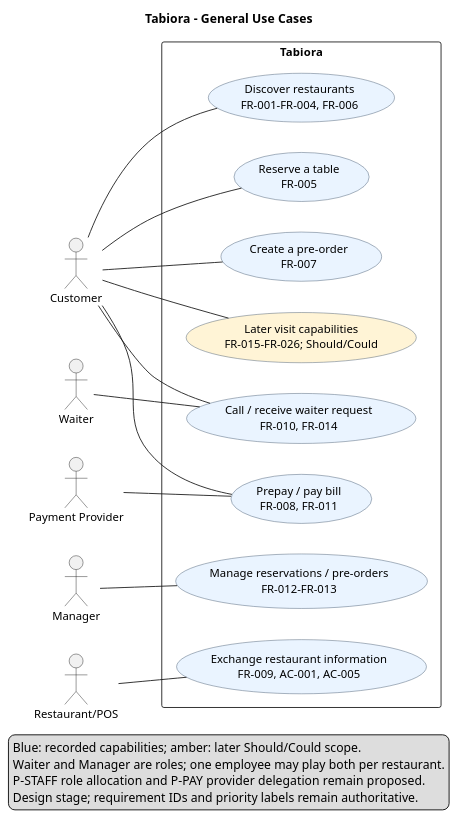
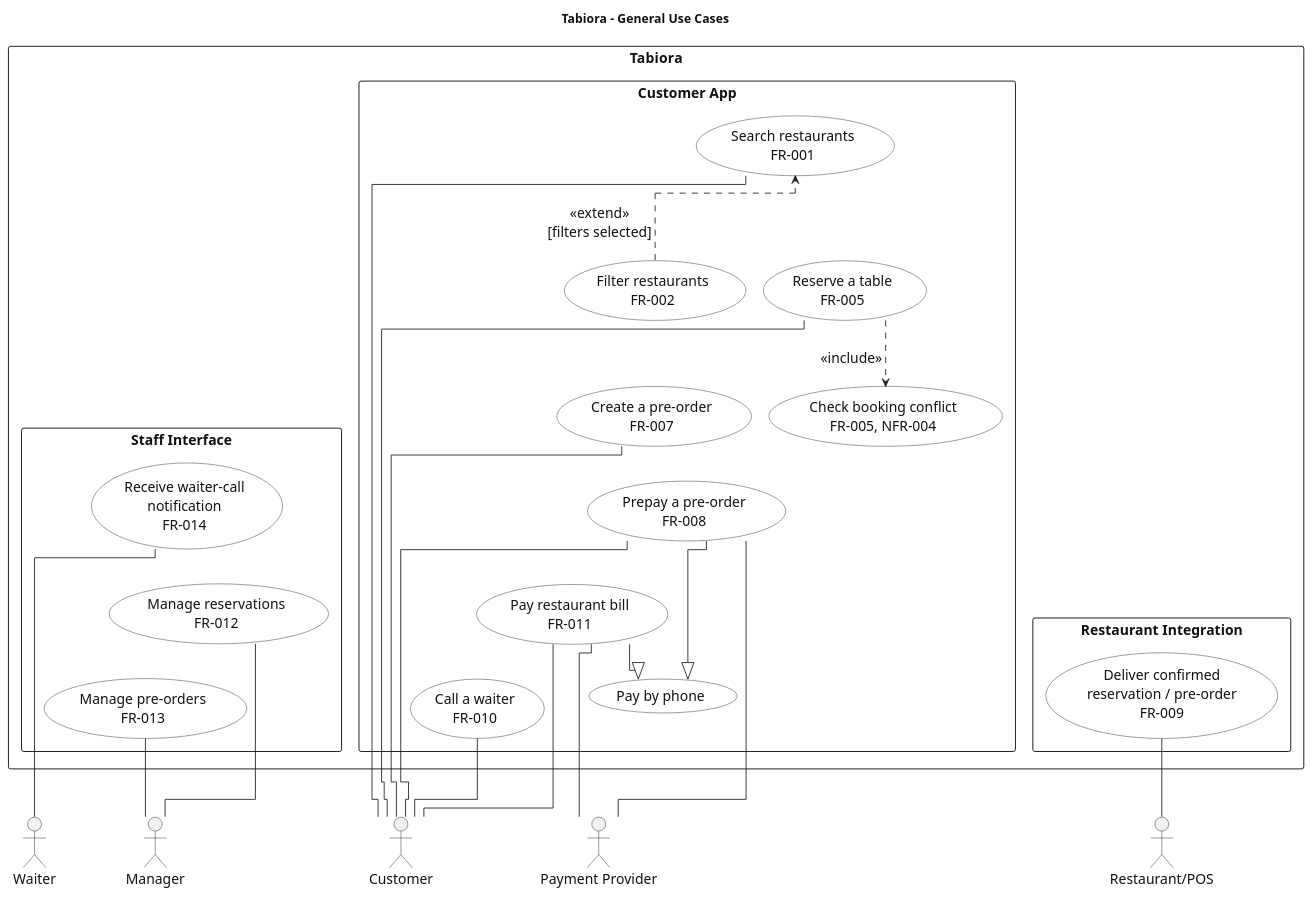
The diagram in assets/diagrams/use-case-general/use-case-general.puml (AlexToday111/Tabiora), drawn with PlantUML before and after one commit. The commit also changed 27 other files, not shown here.

Commit message:
Update UML diagrams for Labs 4, 6, 7 and 8

```diff
--- a/assets/diagrams/use-case-general/use-case-general.puml
+++ b/assets/diagrams/use-case-general/use-case-general.puml
@@ -1,44 +1,67 @@
 @startuml
+!pragma layout elk
 title Tabiora - General Use Cases
 skinparam shadowing false
 skinparam defaultFontName SansSerif
-skinparam defaultFontSize 13
-skinparam classAttributeIconSize 0
+skinparam defaultFontSize 16
+skinparam defaultFontColor #111111
 skinparam packageStyle rectangle
-hide empty members
-skinparam usecaseBackgroundColor #EAF4FF
-skinparam usecaseBorderColor #3D5368
+skinparam usecaseBackgroundColor #FFFFFF
+skinparam usecaseBorderColor #222222
+skinparam ArrowColor #222222
+left to right direction
 
-left to right direction
 actor Customer
 actor Waiter
 actor Manager
 actor "Payment Provider" as Provider
 actor "Restaurant/POS" as POS
+
 rectangle "Tabiora" {
- usecase "Discover restaurants\nFR-001-FR-004, FR-006" as Discover
- usecase "Reserve a table\nFR-005" as Book
- usecase "Create a pre-order\nFR-007" as Order
- usecase "Prepay / pay bill\nFR-008, FR-011" as Pay
- usecase "Call / receive waiter request\nFR-010, FR-014" as Call
- usecase "Manage reservations / pre-orders\nFR-012-FR-013" as Manage
- usecase "Exchange restaurant information\nFR-009, AC-001, AC-005" as Sync
- usecase "Later visit capabilities\nFR-015-FR-026; Should/Could" as Later #FFF4D6
+ package "Customer App" {
+  usecase "Search restaurants\nFR-001" as Search
+  usecase "Filter restaurants\nFR-002" as Filter
+  usecase "Reserve a table\nFR-005" as Book
+  usecase "Check booking conflict\nFR-005, NFR-004" as Conflict
+  usecase "Create a pre-order\nFR-007" as Order
+  usecase "Prepay a pre-order\nFR-008" as Prepay
+  usecase "Pay restaurant bill\nFR-011" as Bill
+  usecase "Call a waiter\nFR-010" as Call
+  usecase "Pay by phone" as PhonePayment
+ }
+ package "Staff Interface" {
+  usecase "Receive waiter-call\nnotification\nFR-014" as Notify
+  usecase "Manage reservations\nFR-012" as ManageBookings
+  usecase "Manage pre-orders\nFR-013" as ManageOrders
+ }
+ package "Restaurant Integration" {
+  usecase "Deliver confirmed\nreservation / pre-order\nFR-009" as Handoff
+ }
 }
-Customer -- Discover
-Customer -- Book
-Customer -- Order
-Customer -- Pay
-Customer -- Call
-Customer -- Later
-Waiter -- Call
-Manager -- Manage
-Provider -- Pay
-POS -- Sync
-legend bottom
-Blue: recorded capabilities; amber: later Should/Could scope.
-Waiter and Manager are roles; one employee may play both per restaurant.
-P-STAFF role allocation and P-PAY provider delegation remain proposed.
-Design stage; requirement IDs and priority labels remain authoritative.
-endlegend
+
+Search -[hidden]down-> Book
+Book -[hidden]down-> Order
+Order -[hidden]down-> Prepay
+Prepay -[hidden]down-> Bill
+Bill -[hidden]down-> Call
+Notify -[hidden]down-> ManageBookings
+ManageBookings -[hidden]down-> ManageOrders
+
+Search -- Customer
+Book -- Customer
+Order -- Customer
+Prepay -- Customer
+Bill -- Customer
+Call -- Customer
+Search <.. Filter : <<extend>>\n[filters selected]
+Book ..> Conflict : <<include>>
+Prepay --|> PhonePayment
+Bill --|> PhonePayment
+Prepay -- Provider
+Bill -- Provider
+Notify -- Waiter
+ManageBookings -- Manager
+ManageOrders -- Manager
+Handoff -- POS
+
 @enduml
```
